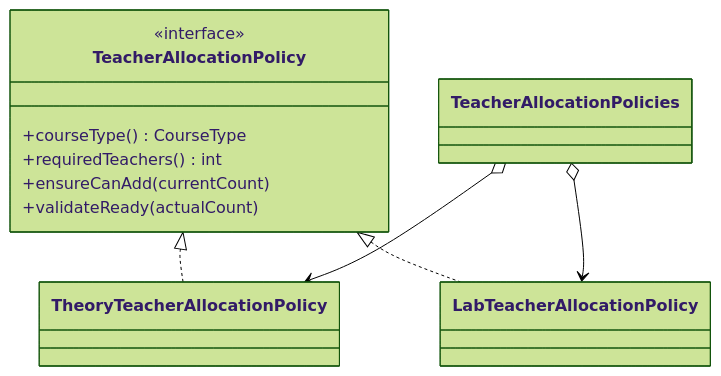
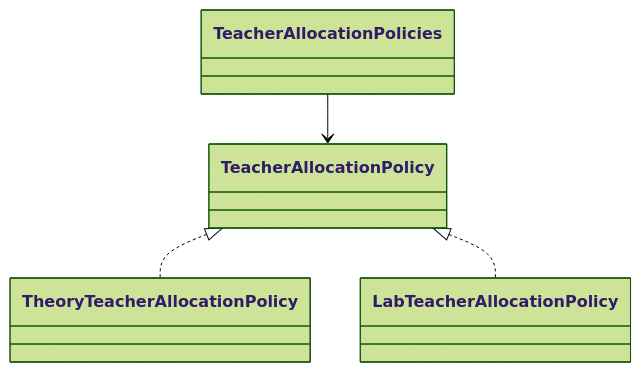
One commit to Ashik590/IIT-Management-System changed the eighth of 10 diagrams in TECHNICAL_DOCUMENTATION.md. Above: the diagram before and after it, drawn with Mermaid (forest theme). The commit also changed other lines of this file and 10 other files, not shown here.

````diff
--- a/TECHNICAL_DOCUMENTATION.md
+++ b/TECHNICAL_DOCUMENTATION.md
@@ -563,17 +289,10 @@
 ```mermaid
 classDiagram
-    class TeacherAllocationPolicy {
-        <<interface>>
-        +courseType() CourseType
-        +requiredTeachers() int
-        +ensureCanAdd(currentCount)
-        +validateReady(actualCount)
-    }
+    class TeacherAllocationPolicy
     class TheoryTeacherAllocationPolicy
     class LabTeacherAllocationPolicy
     class TeacherAllocationPolicies
     TeacherAllocationPolicy <|.. TheoryTeacherAllocationPolicy
     TeacherAllocationPolicy <|.. LabTeacherAllocationPolicy
-    TeacherAllocationPolicies o--> TheoryTeacherAllocationPolicy
-    TeacherAllocationPolicies o--> LabTeacherAllocationPolicy
+    TeacherAllocationPolicies --> TeacherAllocationPolicy
 ```
````
